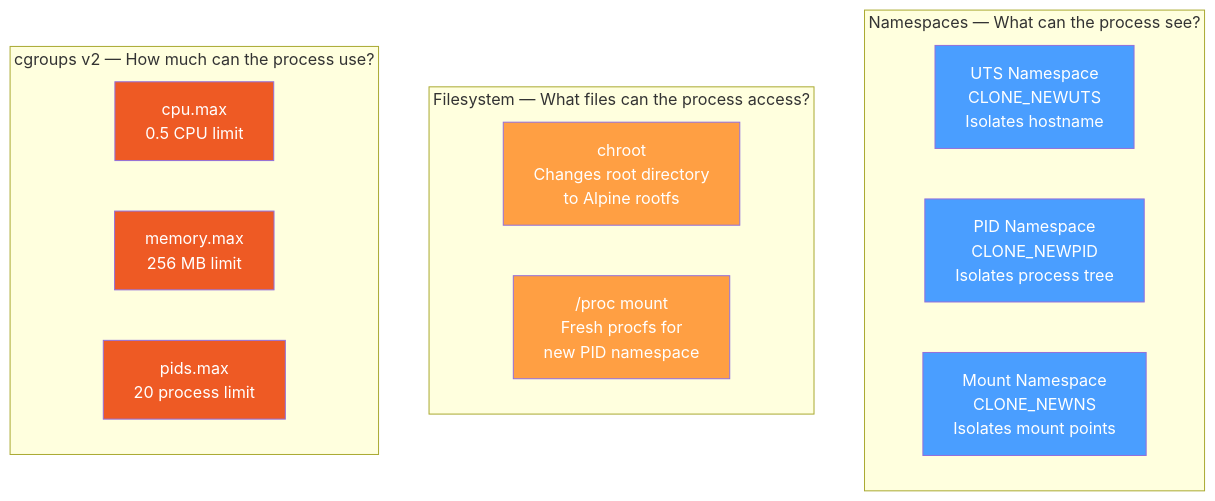
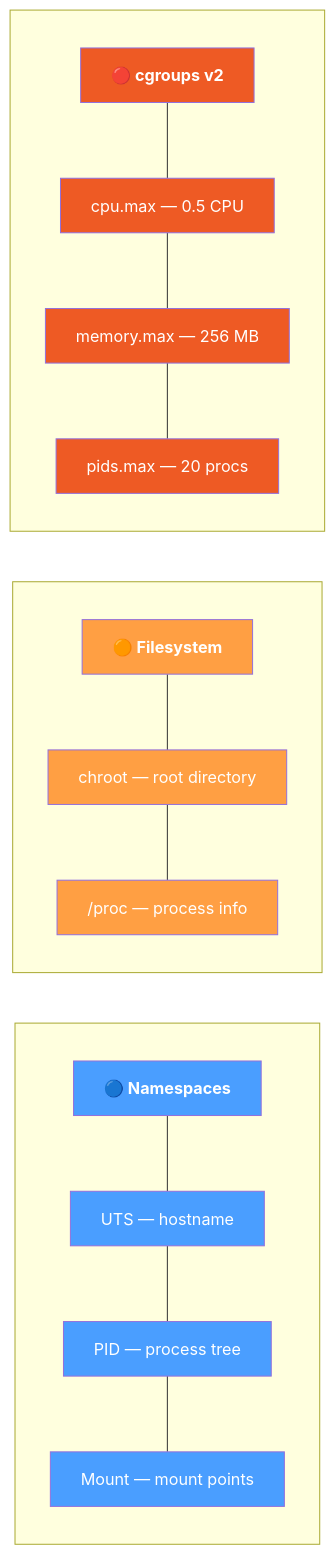
One commit to paveg/gontainer changed the third of 3 diagrams in README.md. Above: the diagram before and after it, drawn with Mermaid.

Commit message:
docs: fix mermaid diagram layout to prevent label overlap

````diff
--- a/README.md
+++ b/README.md
@@ -58,28 +58,40 @@
 ```mermaid
-graph TB
-    subgraph ns ["Namespaces — What can the process see?"]
-        UTS["UTS Namespace<br/>CLONE_NEWUTS<br/>Isolates hostname"]
-        PID["PID Namespace<br/>CLONE_NEWPID<br/>Isolates process tree"]
-        MNT["Mount Namespace<br/>CLONE_NEWNS<br/>Isolates mount points"]
+graph LR
+    subgraph ns [" "]
+        direction TB
+        NS_TITLE["🔵 Namespaces"]
+        UTS["UTS — hostname"]
+        PID["PID — process tree"]
+        MNT["Mount — mount points"]
+        NS_TITLE --- UTS --- PID --- MNT
     end
 
-    subgraph fs ["Filesystem — What files can the process access?"]
-        CHR["chroot<br/>Changes root directory<br/>to Alpine rootfs"]
-        PROC["/proc mount<br/>Fresh procfs for<br/>new PID namespace"]
+    subgraph fs [" "]
+        direction TB
+        FS_TITLE["🟠 Filesystem"]
+        CHR["chroot — root directory"]
+        PROC["/proc — process info"]
+        FS_TITLE --- CHR --- PROC
     end
 
-    subgraph cg ["cgroups v2 — How much can the process use?"]
-        CPU["cpu.max<br/>0.5 CPU limit"]
-        MEM["memory.max<br/>256 MB limit"]
-        PIDS["pids.max<br/>20 process limit"]
+    subgraph cg [" "]
+        direction TB
+        CG_TITLE["🔴 cgroups v2"]
+        CPU["cpu.max — 0.5 CPU"]
+        MEM["memory.max — 256 MB"]
+        PIDS["pids.max — 20 procs"]
+        CG_TITLE --- CPU --- MEM --- PIDS
     end
 
+    style NS_TITLE fill:#4a9eff,color:#fff,font-weight:bold
     style UTS fill:#4a9eff,color:#fff
     style PID fill:#4a9eff,color:#fff
     style MNT fill:#4a9eff,color:#fff
+    style FS_TITLE fill:#ff9f43,color:#fff,font-weight:bold
     style CHR fill:#ff9f43,color:#fff
     style PROC fill:#ff9f43,color:#fff
+    style CG_TITLE fill:#ee5a24,color:#fff,font-weight:bold
     style CPU fill:#ee5a24,color:#fff
     style MEM fill:#ee5a24,color:#fff
     style PIDS fill:#ee5a24,color:#fff
 ```
````
